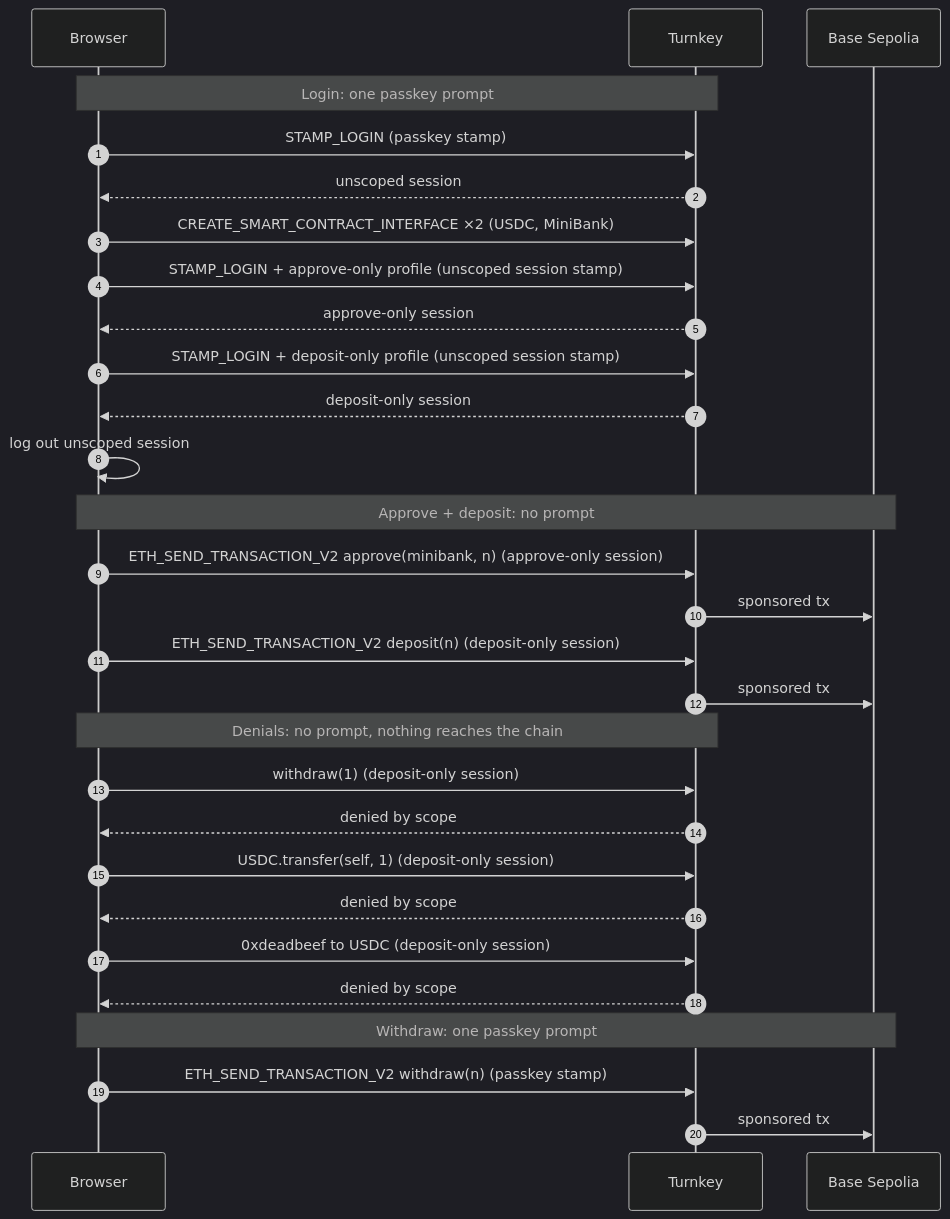
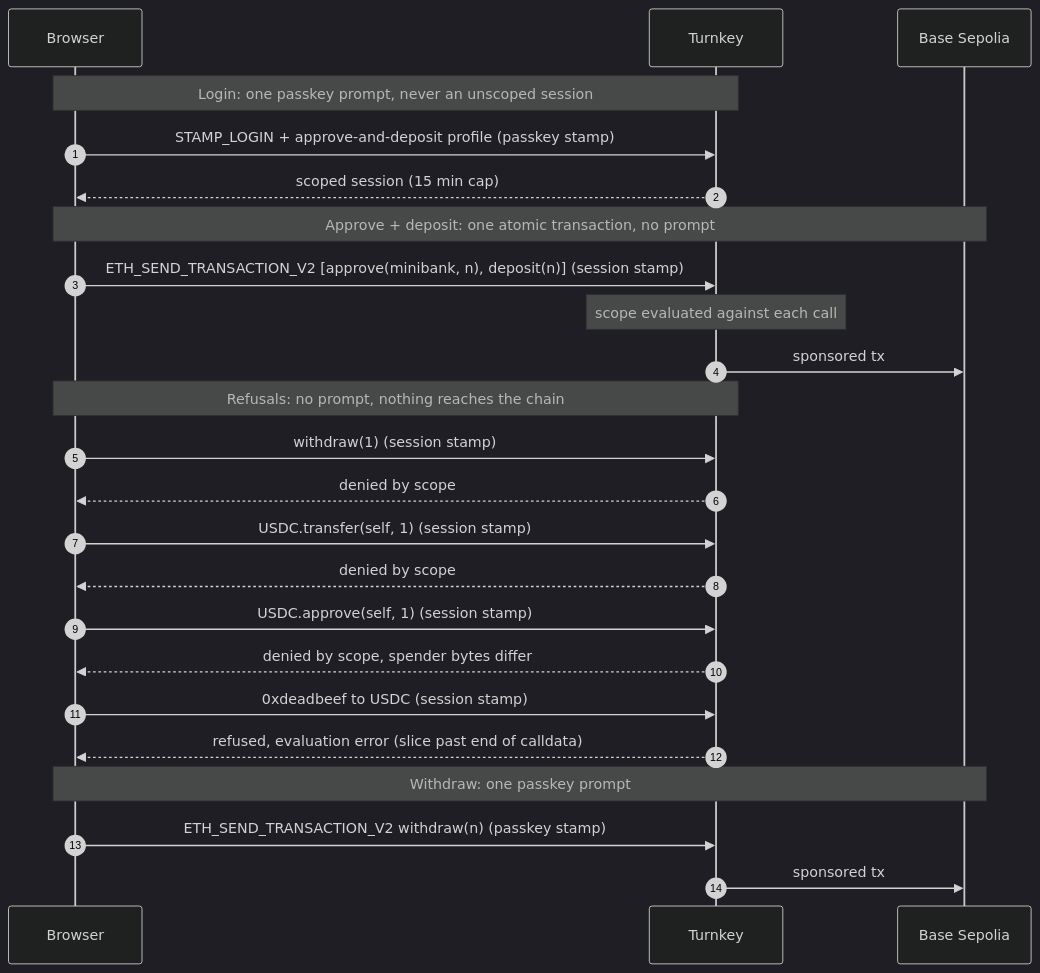
One commit to tkhq/sdk changed the diagram in examples/access-control/with-scoped-deposit-session/README.md. Above: the diagram before and after it, drawn with Mermaid (dark theme). The commit also changed other lines of this file and 7 other files, not shown here.

Commit message:
feat(examples): single calldata-scoped session profile for deposit example

````diff
--- a/examples/access-control/with-scoped-deposit-session/README.md
+++ b/examples/access-control/with-scoped-deposit-session/README.md
@@ -84,35 +124,30 @@
 ```mermaid
 sequenceDiagram
     autonumber
     participant B as Browser
     participant T as Turnkey
     participant C as Base Sepolia
 
-    Note over B,T: Login: one passkey prompt
-    B->>T: STAMP_LOGIN (passkey stamp)
-    T-->>B: unscoped session
-    B->>T: CREATE_SMART_CONTRACT_INTERFACE ×2 (USDC, MiniBank)
-    B->>T: STAMP_LOGIN + approve-only profile (unscoped session stamp)
-    T-->>B: approve-only session
-    B->>T: STAMP_LOGIN + deposit-only profile (unscoped session stamp)
-    T-->>B: deposit-only session
-    B->>B: log out unscoped session
+    Note over B,T: Login: one passkey prompt, never an unscoped session
+    B->>T: STAMP_LOGIN + approve-and-deposit profile (passkey stamp)
+    T-->>B: scoped session (15 min cap)
 
-    Note over B,C: Approve + deposit: no prompt
-    B->>T: ETH_SEND_TRANSACTION_V2 approve(minibank, n) (approve-only session)
-    T->>C: sponsored tx
-    B->>T: ETH_SEND_TRANSACTION_V2 deposit(n) (deposit-only session)
+    Note over B,C: Approve + deposit: one atomic transaction, no prompt
+    B->>T: ETH_SEND_TRANSACTION_V2 [approve(minibank, n), deposit(n)] (session stamp)
+    Note over T: scope evaluated against each call
     T->>C: sponsored tx
 
-    Note over B,T: Denials: no prompt, nothing reaches the chain
-    B->>T: withdraw(1) (deposit-only session)
+    Note over B,T: Refusals: no prompt, nothing reaches the chain
+    B->>T: withdraw(1) (session stamp)
     T-->>B: denied by scope
-    B->>T: USDC.transfer(self, 1) (deposit-only session)
+    B->>T: USDC.transfer(self, 1) (session stamp)
     T-->>B: denied by scope
-    B->>T: 0xdeadbeef to USDC (deposit-only session)
-    T-->>B: denied by scope
+    B->>T: USDC.approve(self, 1) (session stamp)
+    T-->>B: denied by scope, spender bytes differ
+    B->>T: 0xdeadbeef to USDC (session stamp)
+    T-->>B: refused, evaluation error (slice past end of calldata)
 
     Note over B,C: Withdraw: one passkey prompt
     B->>T: ETH_SEND_TRANSACTION_V2 withdraw(n) (passkey stamp)
     T->>C: sponsored tx
 ```
````
